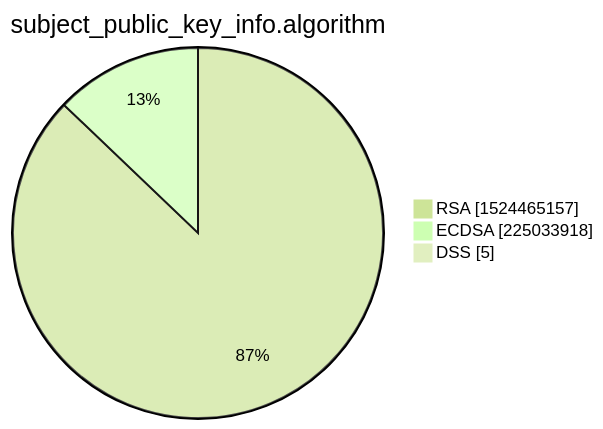
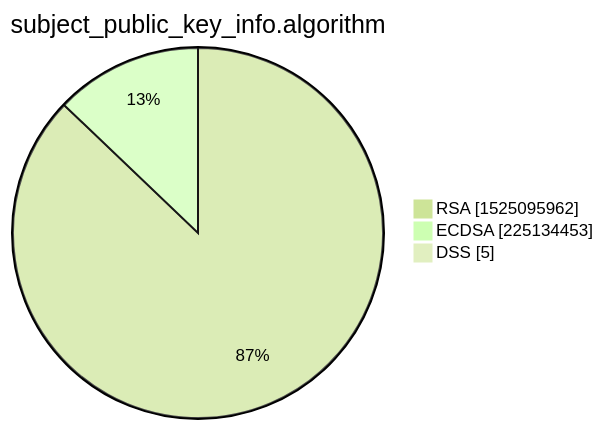
Before and after one commit to christiankrug/ctmonitor_visualization: the third of 15 diagrams in xenon2022/README.md, drawn with Mermaid (forest theme). The commit also changed other lines of this file, not shown here.

````diff
--- a/xenon2022/README.md
+++ b/xenon2022/README.md
@@ -14,7 +14,7 @@
 ```mermaid
 pie showData
 title subject_public_key_info.algorithm
-"RSA" :1524465157
-"ECDSA" :225033918
+"RSA" :1525095962
+"ECDSA" :225134453
 "DSS" :5
 ```
````
